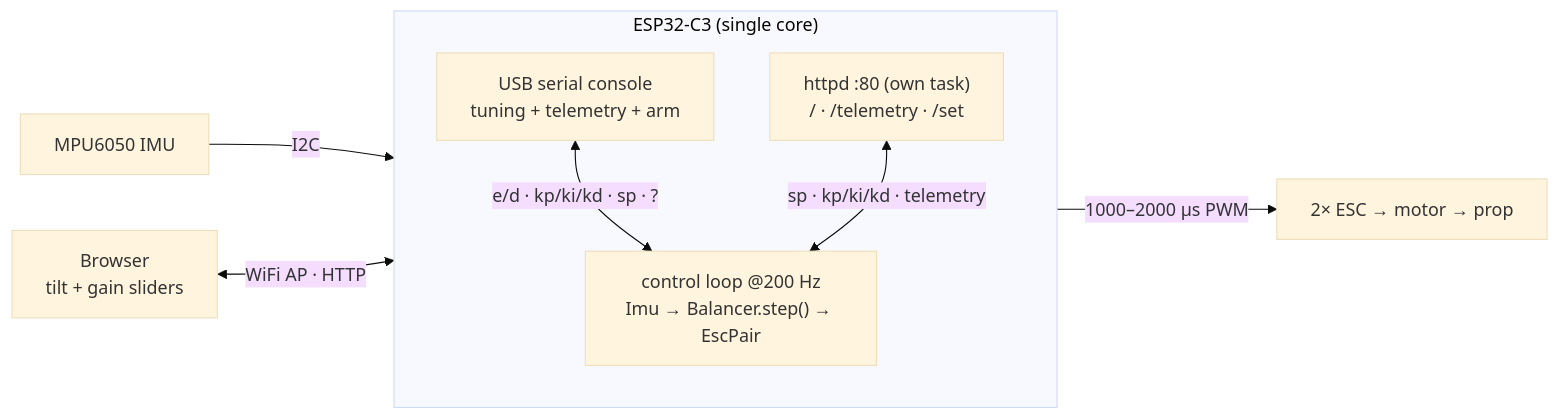
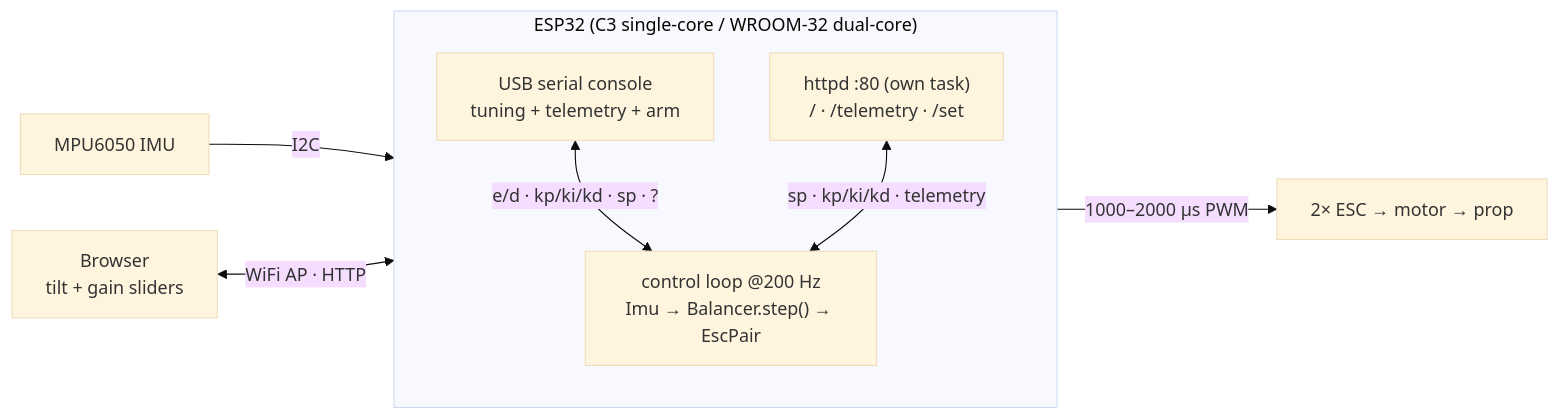
Before and after one commit to lmarqs/libra: the first of 2 diagrams in README.md, drawn with Mermaid (base theme). The commit also changed other lines of this file, not shown here.

First line of the commit message:
docs(readme): open AP, per-board pins, WROOM-32 board

````diff
--- a/README.md
+++ b/README.md
@@ -53,14 +54,14 @@
 ```mermaid
 flowchart LR
     mpu["MPU6050 IMU"] -->|I2C| loop
-    subgraph c3["ESP32-C3 (single core)"]
+    subgraph c3["ESP32 (C3 single-core / WROOM-32 dual-core)"]
         direction TB
         loop["control loop @200 Hz<br/>Imu → Balancer.step() → EscPair"]
         serial["USB serial console<br/>tuning + telemetry + arm"]
         web["httpd :80 (own task)<br/>/ · /telemetry · /set"]
         serial <-->|"e/d · kp/ki/kd · sp · ?"| loop
         web <-->|"sp · kp/ki/kd · telemetry"| loop
     end
     loop -->|"1000–2000 µs PWM"| esc["2× ESC → motor → prop"]
     browser["Browser<br/>tilt + gain sliders"] <-->|"WiFi AP · HTTP"| web
 ```
````
